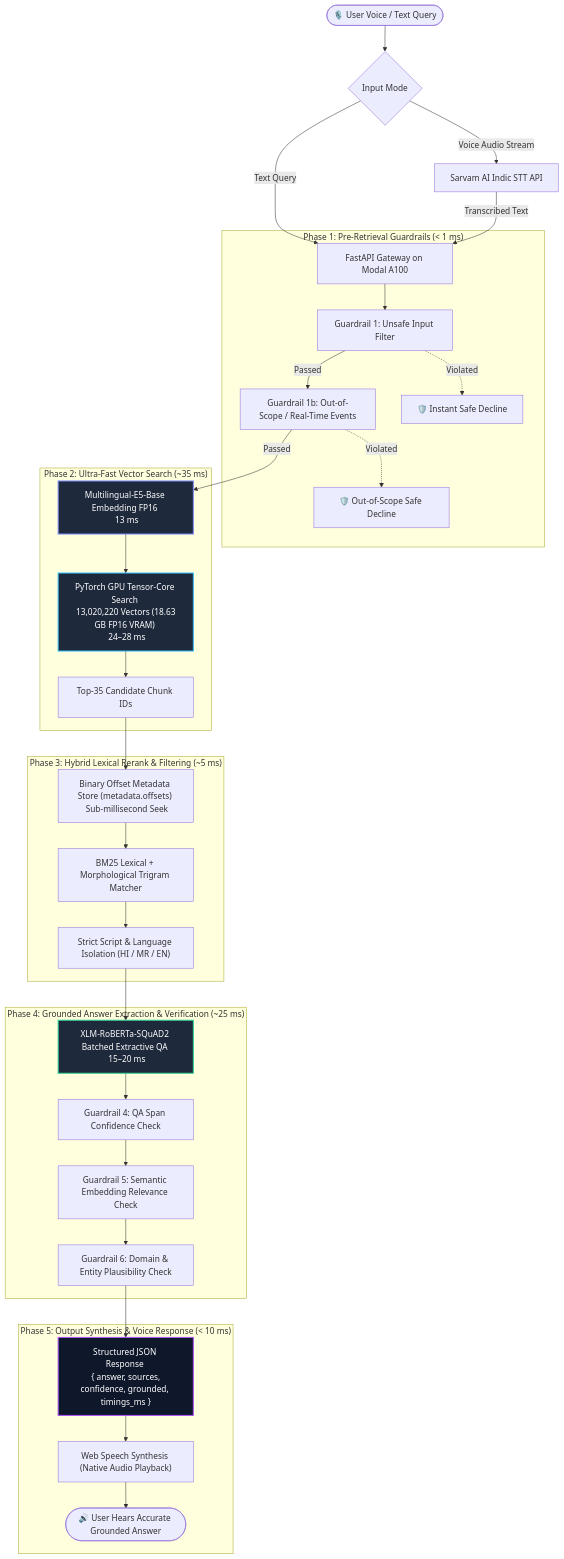
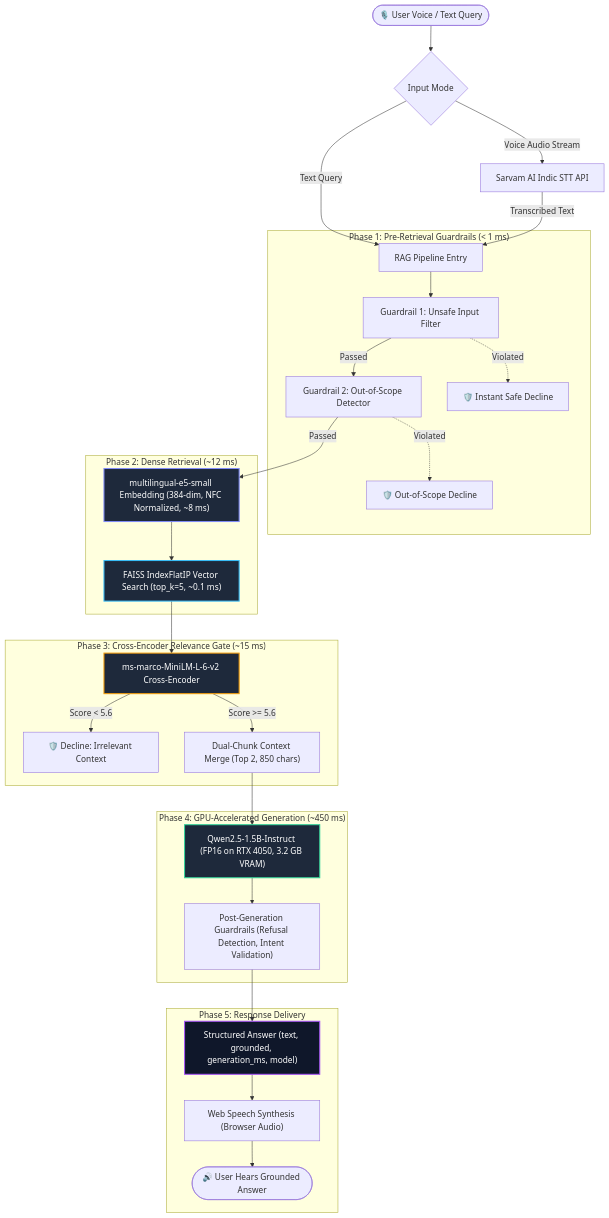
Before and after one commit to Asheesh7298/Rag-voice: the first of 4 diagrams in ARCHITECTURE_AND_DATA_FLOW.md, drawn with Mermaid. The commit also changed other lines of this file and 4 other files, not shown here.

Commit message:
docs: update README, architecture diagrams, and presentation with champion benchmark metrics and RTX 4050 specs

````diff
--- a/ARCHITECTURE_AND_DATA_FLOW.md
+++ b/ARCHITECTURE_AND_DATA_FLOW.md
@@ -9,51 +9,49 @@
 ```mermaid
 graph TD
     User([🎙️ User Voice / Text Query]) --> Ingest{Input Mode}
     
     %% Input Routing
     Ingest -->|Voice Audio Stream| STT[Sarvam AI Indic STT API]
-    Ingest -->|Text Query| API[FastAPI Gateway on Modal A100]
-    STT -->|Transcribed Text| API
+    Ingest -->|Text Query| Pipeline[RAG Pipeline Entry]
+    STT -->|Transcribed Text| Pipeline
 
-    %% Guardrails Layer 1
+    %% Phase 1: Pre-Retrieval
     subgraph "Phase 1: Pre-Retrieval Guardrails (< 1 ms)"
-        API --> G1[Guardrail 1: Unsafe Input Filter]
-        G1 -->|Passed| G1b[Guardrail 1b: Out-of-Scope / Real-Time Events]
-        G1 -.->|Violated| Decline1[🛡️ Instant Safe Decline]
-        G1b -.->|Violated| Decline2[🛡️ Out-of-Scope Safe Decline]
+        Pipeline --> G1[Guardrail 1: Unsafe Input Filter]
+        G1 -->|Passed| G1b[Guardrail 2: Out-of-Scope Detector]
+        G1 -.->|Violated| Decline1["🛡️ Instant Safe Decline"]
+        G1b -.->|Violated| Decline2["🛡️ Out-of-Scope Decline"]
     end
 
-    %% Embedding & Dense Retrieval
-    subgraph "Phase 2: Ultra-Fast Vector Search (~35 ms)"
-        G1b -->|Passed| Embed[Multilingual-E5-Base Embedding FP16 <br/> 13 ms]
-        Embed --> DenseSearch["PyTorch GPU Tensor-Core Search <br/> 13,020,220 Vectors (18.63 GB FP16 VRAM) <br/> 24–28 ms"]
-        DenseSearch --> TopK["Top-35 Candidate Chunk IDs"]
+    %% Phase 2: Embedding & Retrieval
+    subgraph "Phase 2: Dense Retrieval (~12 ms)"
+        G1b -->|Passed| Embed["multilingual-e5-small Embedding (384-dim, NFC Normalized, ~8 ms)"]
+        Embed --> DenseSearch["FAISS IndexFlatIP Vector Search (top_k=5, ~0.1 ms)"]
     end
 
-    %% Metadata & Hybrid Reranking
-    subgraph "Phase 3: Hybrid Lexical Rerank & Filtering (~5 ms)"
-        TopK --> MetaStore["Binary Offset Metadata Store (metadata.offsets) <br/> Sub-millisecond Seek"]
-        MetaStore --> BM25["BM25 Lexical + Morphological Trigram Matcher"]
-        BM25 --> ScriptFilter["Strict Script & Language Isolation (HI / MR / EN)"]
+    %% Phase 3: Cross-Encoder Gating
+    subgraph "Phase 3: Cross-Encoder Relevance Gate (~15 ms)"
+        DenseSearch --> CE["ms-marco-MiniLM-L-6-v2 Cross-Encoder"]
+        CE -->|"Score < 5.6"| Decline3["🛡️ Decline: Irrelevant Context"]
+        CE -->|"Score >= 5.6"| Merge["Dual-Chunk Context Merge (Top 2, 850 chars)"]
     end
 
-    %% Answer Extraction & Guardrails
-    subgraph "Phase 4: Grounded Answer Extraction & Verification (~25 ms)"
-        ScriptFilter --> QA["XLM-RoBERTa-SQuAD2 Batched Extractive QA <br/> 15–20 ms"]
-        QA --> G4["Guardrail 4: QA Span Confidence Check"]
-        G4 --> G5["Guardrail 5: Semantic Embedding Relevance Check"]
-        G5 --> G6["Guardrail 6: Domain & Entity Plausibility Check"]
+    %% Phase 4: GPU Generation
+    subgraph "Phase 4: GPU-Accelerated Generation (~450 ms)"
+        Merge --> LLM["Qwen2.5-1.5B-Instruct (FP16 on RTX 4050, 3.2 GB VRAM)"]
+        LLM --> PostGuard["Post-Generation Guardrails (Refusal Detection, Intent Validation)"]
     end
 
-    %% Response Delivery
-    subgraph "Phase 5: Output Synthesis & Voice Response (< 10 ms)"
-        G6 --> Response["Structured JSON Response <br/> { answer, sources, confidence, grounded, timings_ms }"]
-        Response --> TTS["Web Speech Synthesis (Native Audio Playback)"]
-        TTS --> FinalUser([🔊 User Hears Accurate Grounded Answer])
+    %% Phase 5: Response
+    subgraph "Phase 5: Response Delivery"
+        PostGuard --> Response["Structured Answer (text, grounded, generation_ms, model)"]
+        Response --> TTS["Web Speech Synthesis (Browser Audio)"]
+        TTS --> FinalUser(["🔊 User Hears Grounded Answer"])
     end
 
+    style Embed fill:#1e293b,stroke:#818cf8,stroke-width:2px,color:#fff
     style DenseSearch fill:#1e293b,stroke:#38bdf8,stroke-width:2px,color:#fff
-    style Embed fill:#1e293b,stroke:#818cf8,stroke-width:2px,color:#fff
-    style QA fill:#1e293b,stroke:#34d399,stroke-width:2px,color:#fff
+    style CE fill:#1e293b,stroke:#f59e0b,stroke-width:2px,color:#fff
+    style LLM fill:#1e293b,stroke:#34d399,stroke-width:2px,color:#fff
     style Response fill:#0f172a,stroke:#a855f7,stroke-width:2px,color:#fff
 ```
````
